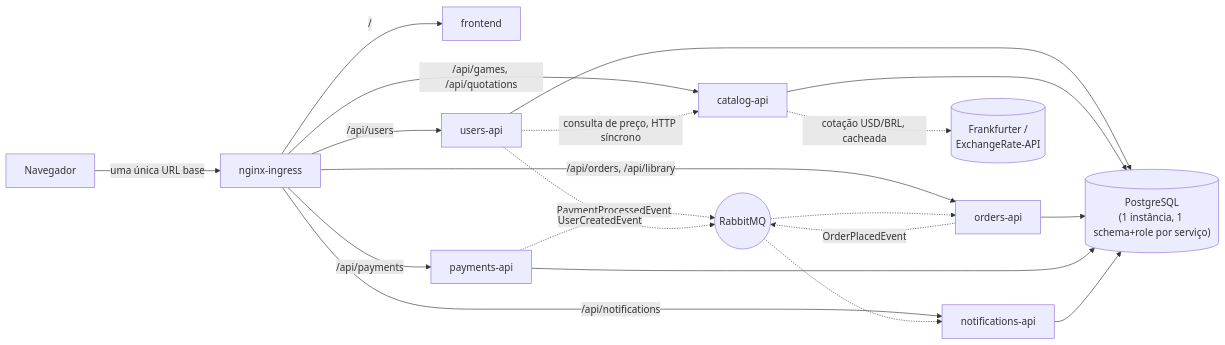
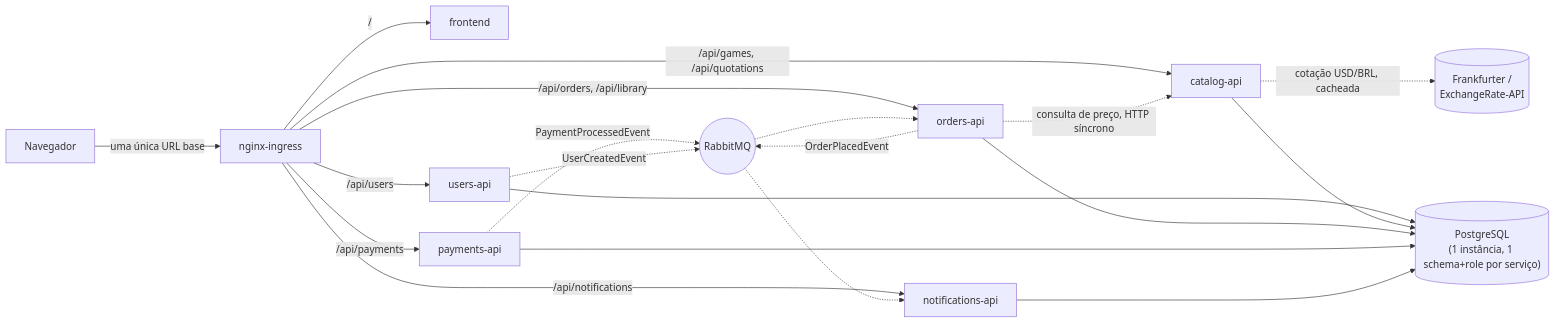
The diagram in diagrams/service-topology.md (tc2-fiap/documentation), drawn with Mermaid before and after one commit. The commit also changed 2 other files, not shown here.

Commit message:
Fix 3 inaccuracies in service-topology and purchase-flow diagrams
Audited every mermaid diagram against the actual code. The price-lookup
arrow ran Users -> Catalog instead of Orders -> Catalog (users-api has
no catalog-api dependency at all). purchase-flow.md also mislabeled
payments-api's duplicate guard as the same TryClaim pattern
notifications-api uses (it's actually a plain existence check), and had
notifications-api's UserProjection lookup and TryClaim steps reversed.
Logged as notes.md 69.

Claude-Session: https://claude.ai/code/session_01HizeuvFySUeT7GnuPfrwYp

````diff
--- a/diagrams/service-topology.md
+++ b/diagrams/service-topology.md
@@ -5,24 +5,24 @@
 ```mermaid
 flowchart LR
     Browser["Navegador"] -->|"uma única URL base"| Ingress["nginx-ingress"]
     Ingress -->|"/"| Frontend["frontend"]
     Ingress -->|"/api/users"| Users["users-api"]
     Ingress -->|"/api/games, /api/quotations"| Catalog["catalog-api"]
     Ingress -->|"/api/orders, /api/library"| Orders["orders-api"]
     Ingress -->|"/api/payments"| Payments["payments-api"]
     Ingress -->|"/api/notifications"| Notifications["notifications-api"]
 
-    Users -.->|consulta de preço, HTTP síncrono| Catalog
+    Orders -.->|consulta de preço, HTTP síncrono| Catalog
     Catalog -.->|"cotação USD/BRL, cacheada"| Frankfurter[("Frankfurter /\nExchangeRate-API")]
     Orders -.->|"OrderPlacedEvent"| RabbitMQ(("RabbitMQ"))
     Payments -.->|"PaymentProcessedEvent"| RabbitMQ
     RabbitMQ -.-> Orders
     RabbitMQ -.-> Notifications
     Users -.->|"UserCreatedEvent"| RabbitMQ
 
     Users --> Postgres[("PostgreSQL\n(1 instância, 1 schema+role por serviço)")]
     Catalog --> Postgres
     Orders --> Postgres
     Payments --> Postgres
     Notifications --> Postgres
 ```
````
